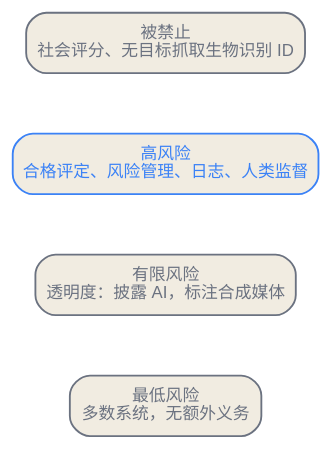
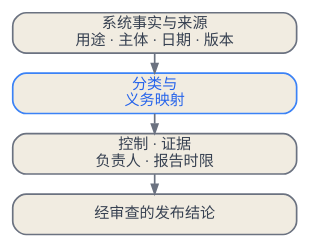
One commit to latere-ai/ai-as-an-infrastructure changed the diagram in zh/safety/08-law-regulation-policy.qmd. Above: the diagram before and after it, drawn with Graphviz. The commit also changed other lines of this file and 2 other files, not shown here.

Commit message:
docs: rewrite Chinese law and policy chapter

````diff
--- a/zh/safety/08-law-regulation-policy.qmd
+++ b/zh/safety/08-law-regulation-policy.qmd
@@ -17,17 +52,16 @@
 ```{dot}
-//| label: fig-law-risk-pyramid
-//| fig-cap: "欧盟《人工智能法案》按一个系统用途的风险、而非按它的架构来归类。义务随层级上升：多数系统位于底部，没有额外义务；中间一层适用透明度义务；高风险用途适用合格评定；一小撮用途被彻底禁止。通用模型另有一套并行的义务。"
-digraph risk {
-  rankdir=BT;
+//| label: fig-law-versioned-claim
+//| fig-cap: "只有在相关事实和来源均与记录一致时，合规结论才有效。任一输入发生变化，都必须重新分类，不能直接复用原有的发布证据。"
+digraph claim {
+  rankdir=TB;
   bgcolor="transparent";
-  node [shape=box, style="rounded,filled", fontname="Helvetica", fontsize=10, color="#6b7280", fontcolor="#6b7280", fillcolor="#f1ece1", penwidth=1.1];
-  edge [color="#6b7280"];
-
-  minimal [label="最低风险\n多数系统，无额外义务"];
-  limited [label="有限风险\n透明度：披露 AI，标注合成媒体"];
-  high    [label="高风险\n合格评定、风险管理、日志、人类监督", color="#3b82f6", fontcolor="#3b82f6"];
-  banned  [label="被禁止\n社会评分、无目标抓取生物识别 ID"];
-
-  minimal -> limited -> high -> banned [style=invis];
+  graph [nodesep=0.12, ranksep=0.16];
+  node [shape=box, style="rounded,filled", fontname="PingFang SC", fontsize=9, color="#6b7280", fontcolor="#374151", fillcolor="#f1ece1", width=2.35, height=0.34, margin="0.05,0.03"];
+  edge [color="#6b7280", arrowsize=0.55];
+  inputs [label="系统事实与来源\n用途 · 主体 · 日期 · 版本"];
+  classify [label="分类与\n义务映射", color="#3b82f6", fontcolor="#2563eb"];
+  evidence [label="控制 · 证据\n负责人 · 报告时限"];
+  release [label="经审查的发布结论"];
+  inputs -> classify -> evidence -> release;
 }
 ```
````
